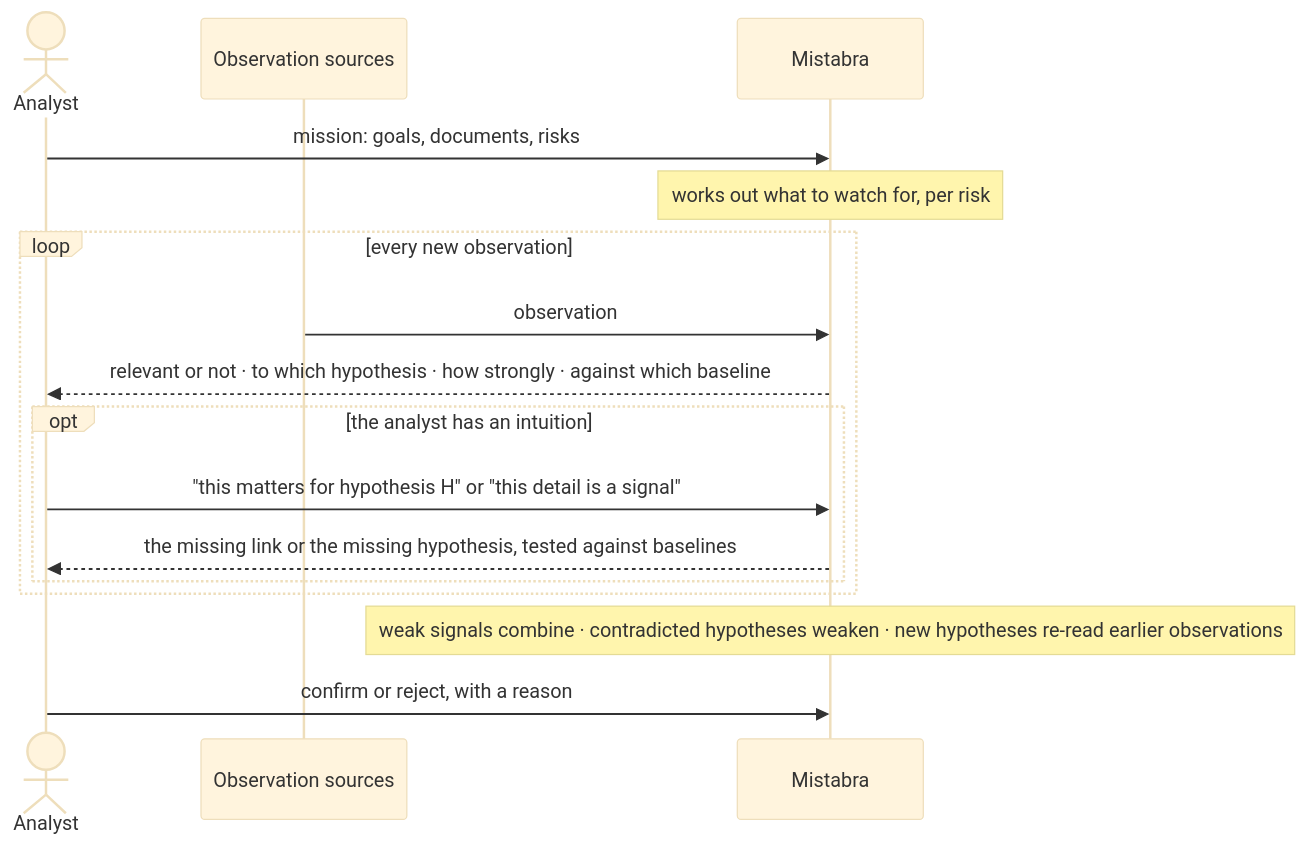
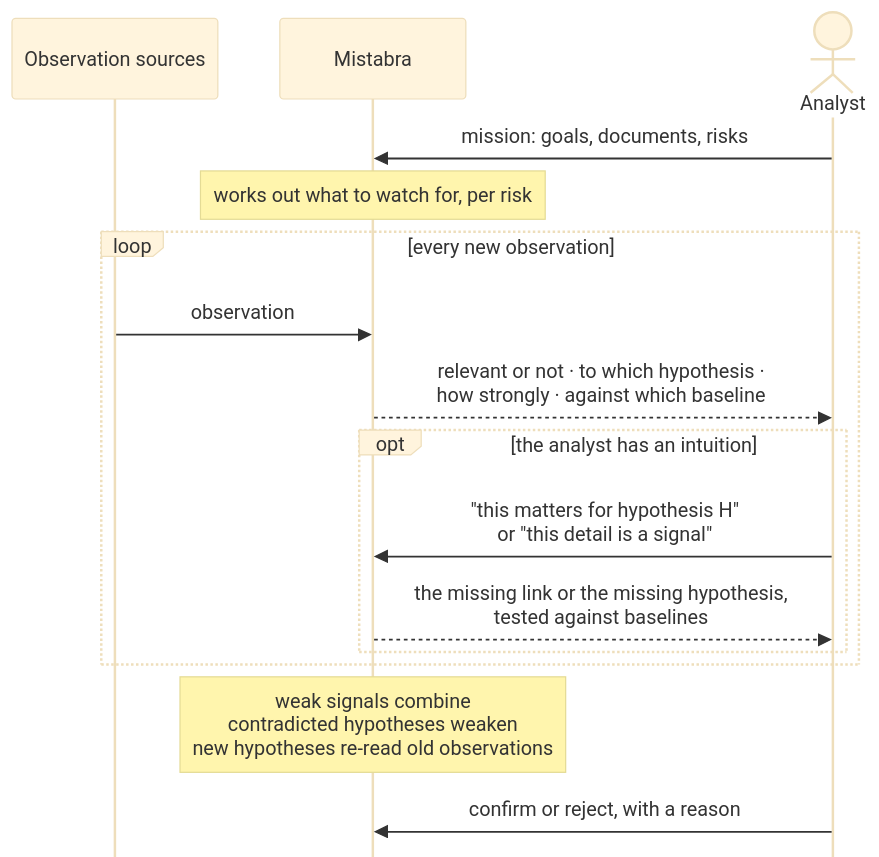
Before and after one commit to arie-distillo/mistabra3: the diagram in README.md, drawn with Mermaid (base theme).

Commit message:
README diagram: participants reordered (no crossing arrows), no mirrored actors, wrapped labels
Claude-Session: https://claude.ai/code/session_01H32m9TaLonKUYTJ2xuy5T6

````diff
--- a/README.md
+++ b/README.md
@@ -14,18 +14,19 @@
 ```mermaid
+%%{init: {"sequence": {"mirrorActors": false}}}%%
 sequenceDiagram
-    actor A as Analyst
     participant S as Observation sources
     participant M as Mistabra
+    actor A as Analyst
     A->>M: mission: goals, documents, risks
     Note over M: works out what to watch for, per risk
     loop every new observation
         S->>M: observation
-        M-->>A: relevant or not · to which hypothesis · how strongly · against which baseline
+        M-->>A: relevant or not · to which hypothesis ·<br/>how strongly · against which baseline
         opt the analyst has an intuition
-            A->>M: "this matters for hypothesis H" or "this detail is a signal"
-            M-->>A: the missing link or the missing hypothesis, tested against baselines
+            A->>M: "this matters for hypothesis H"<br/>or "this detail is a signal"
+            M-->>A: the missing link or the missing hypothesis,<br/>tested against baselines
         end
     end
-    Note over M: weak signals combine · contradicted hypotheses weaken · new hypotheses re-read earlier observations
+    Note over M: weak signals combine<br/>contradicted hypotheses weaken<br/>new hypotheses re-read old observations
     A->>M: confirm or reject, with a reason
 ```
````
